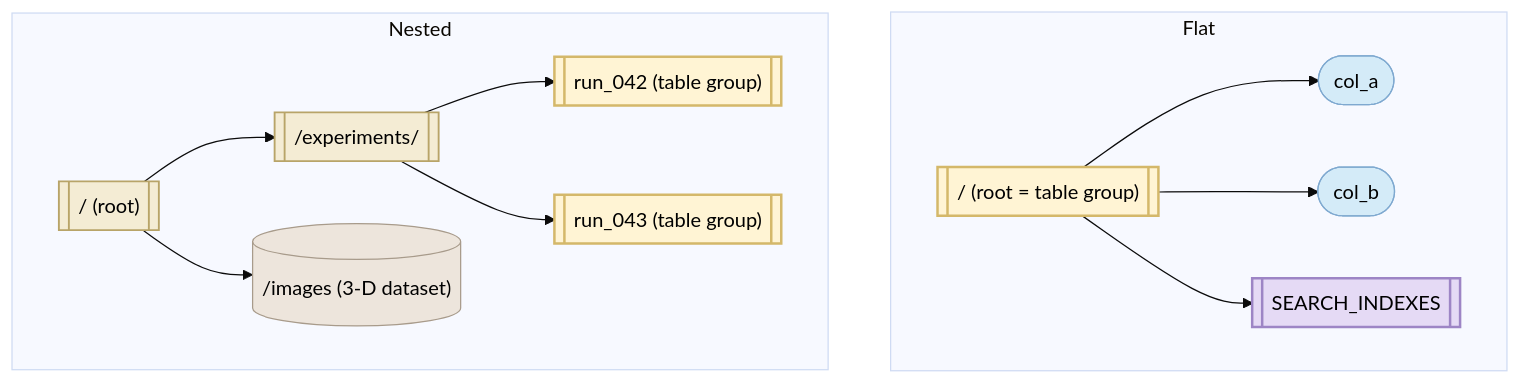
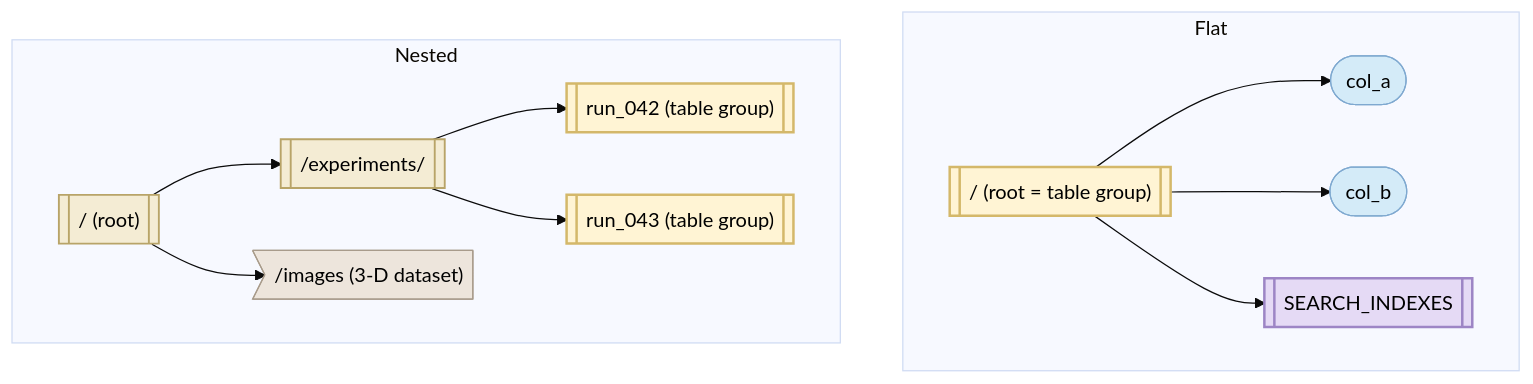
Before and after one commit to HDFAlliance/heps: the third of 8 diagrams in HEP001/index.md, drawn with Mermaid (base theme). The commit also changed other lines of this file, not shown here.

Commit message:
Switch dataset shape to asymmetric

````diff
--- a/HEP001/index.md
+++ b/HEP001/index.md
@@ -381,28 +385,28 @@
 ```{mermaid}
 graph TD
   subgraph Flat
     R1[["/ (root = table group)"]]
     R1 --> c1a(["col_a"])
     R1 --> c1b(["col_b"])
     R1 --> SI1[["SEARCH_INDEXES"]]
   end
   subgraph Nested
     R2[["/ (root)"]]
     R2 --> G1[["/experiments/"]]
     G1 --> T1[["run_042 (table group)"]]
     G1 --> T2[["run_043 (table group)"]]
-    R2 --> IMG[("/images (3-D dataset)")]
+    R2 --> IMG>"/images (3-D dataset)"]
   end
 
   classDef rootGroup  fill:#F4ECD4,stroke:#B8A468,stroke-width:1.5px,color:#000
   classDef tableGroup fill:#FFF4D4,stroke:#D4B86A,stroke-width:2px,color:#000
   classDef siGroup    fill:#E5DAF5,stroke:#9D85C5,stroke-width:2px,color:#000
   classDef dataCol    fill:#D4EBF8,stroke:#7FA9D0,stroke-width:1px,color:#000
   classDef otherData  fill:#EDE5DC,stroke:#A89B8B,stroke-width:1px,color:#000
 
   class R1,T1,T2 tableGroup
   class R2,G1 rootGroup
   class SI1 siGroup
   class c1a,c1b dataCol
   class IMG otherData
 ```
````
